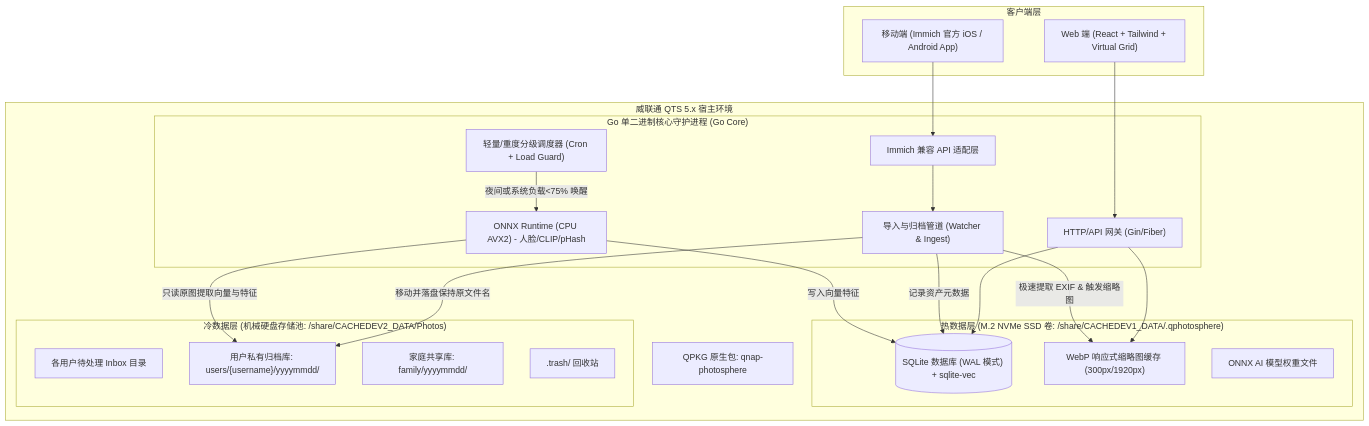
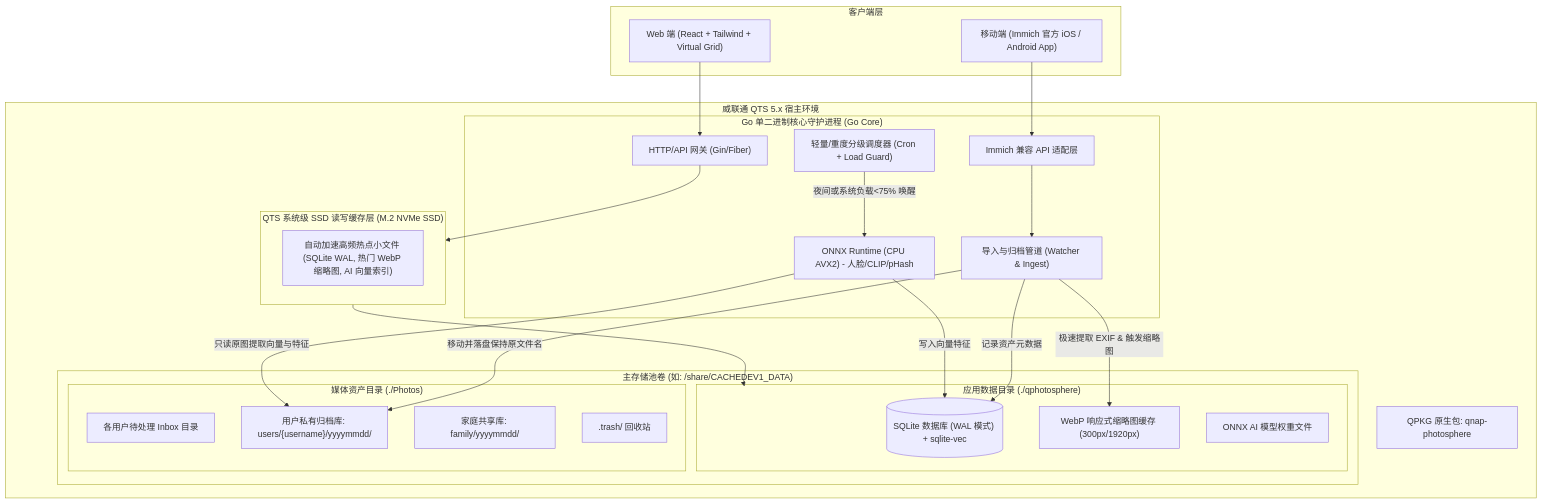
The diagram in DevDoc/qnap-photosphere/ARCHITECTURE.md (AubreyHan/PersonalDev), drawn with Mermaid before and after one commit. The commit also changed other lines of this file and 2 other files, not shown here.

Commit message:
auto-sync: 2026-10-31 07:33:30 - 3 files (modified: ARCHITECTURE.md; modified: IMPLEMENTATION_PLAN.md; modified: SPEC.md)

````diff
--- a/DevDoc/qnap-photosphere/ARCHITECTURE.md
+++ b/DevDoc/qnap-photosphere/ARCHITECTURE.md
@@ -7,46 +7,52 @@
 ```mermaid
 flowchart TD
     subgraph Clients["客户端层"]
         WebUI["Web 端 (React + Tailwind + Virtual Grid)"]
         ImmichApp["移动端 (Immich 官方 iOS / Android App)"]
     end
 
     subgraph QTS["威联通 QTS 5.x 宿主环境"]
         QPKG["QPKG 原生包: qnap-photosphere"]
         
         subgraph Core["Go 单二进制核心守护进程 (Go Core)"]
             Router["HTTP/API 网关 (Gin/Fiber)"]
             ImmichCompat["Immich 兼容 API 适配层"]
             IngestPipe["导入与归档管道 (Watcher & Ingest)"]
             Scheduler["轻量/重度分级调度器 (Cron + Load Guard)"]
             ONNXEngine["ONNX Runtime (CPU AVX2) - 人脸/CLIP/pHash"]
         end
 
-        subgraph SSD["热数据层 (M.2 NVMe SSD 卷: /share/CACHEDEV1_DATA/.qphotosphere)"]
-            SQLite[("SQLite 数据库 (WAL 模式) + sqlite-vec")]
-            ThumbCache["WebP 响应式缩略图缓存 (300px/1920px)"]
-            ModelFiles["ONNX AI 模型权重文件"]
+        subgraph SSDCache["QTS 系统级 SSD 读写缓存层 (M.2 NVMe SSD)"]
+            CacheLayer["自动加速高频热点小文件 (SQLite WAL, 热门 WebP 缩略图, AI 向量索引)"]
         end
 
-        subgraph HDD["冷数据层 (机械硬盘存储池: /share/CACHEDEV2_DATA/Photos)"]
-            Inbox["各用户待处理 Inbox 目录"]
-            UserLibraries["用户私有归档库: users/{username}/yyyymmdd/"]
-            FamilyLibrary["家庭共享库: family/yyyymmdd/"]
-            TrashDir[".trash/ 回收站"]
+        subgraph HDD["主存储池卷 (如: /share/CACHEDEV1_DATA)"]
+            subgraph AppData["应用数据目录 (./qphotosphere)"]
+                SQLite[("SQLite 数据库 (WAL 模式) + sqlite-vec")]
+                ThumbCache["WebP 响应式缩略图缓存 (300px/1920px)"]
+                ModelFiles["ONNX AI 模型权重文件"]
+            end
+
+            subgraph MediaPool["媒体资产目录 (./Photos)"]
+                Inbox["各用户待处理 Inbox 目录"]
+                UserLibraries["用户私有归档库: users/{username}/yyyymmdd/"]
+                FamilyLibrary["家庭共享库: family/yyyymmdd/"]
+                TrashDir[".trash/ 回收站"]
+            end
         end
     end
 
     WebUI --> Router
     ImmichApp --> ImmichCompat
     ImmichCompat --> IngestPipe
-    Router --> SQLite
-    Router --> ThumbCache
+    Router --> SSDCache
+    SSDCache --> AppData
 
     IngestPipe -->|极速提取 EXIF & 触发缩略图| ThumbCache
     IngestPipe -->|移动并落盘保持原文件名| UserLibraries
     IngestPipe -->|记录资产元数据| SQLite
 
     Scheduler -->|夜间或系统负载<75% 唤醒| ONNXEngine
     ONNXEngine -->|只读原图提取向量与特征| UserLibraries
     ONNXEngine -->|写入向量特征| SQLite
 ```
````
